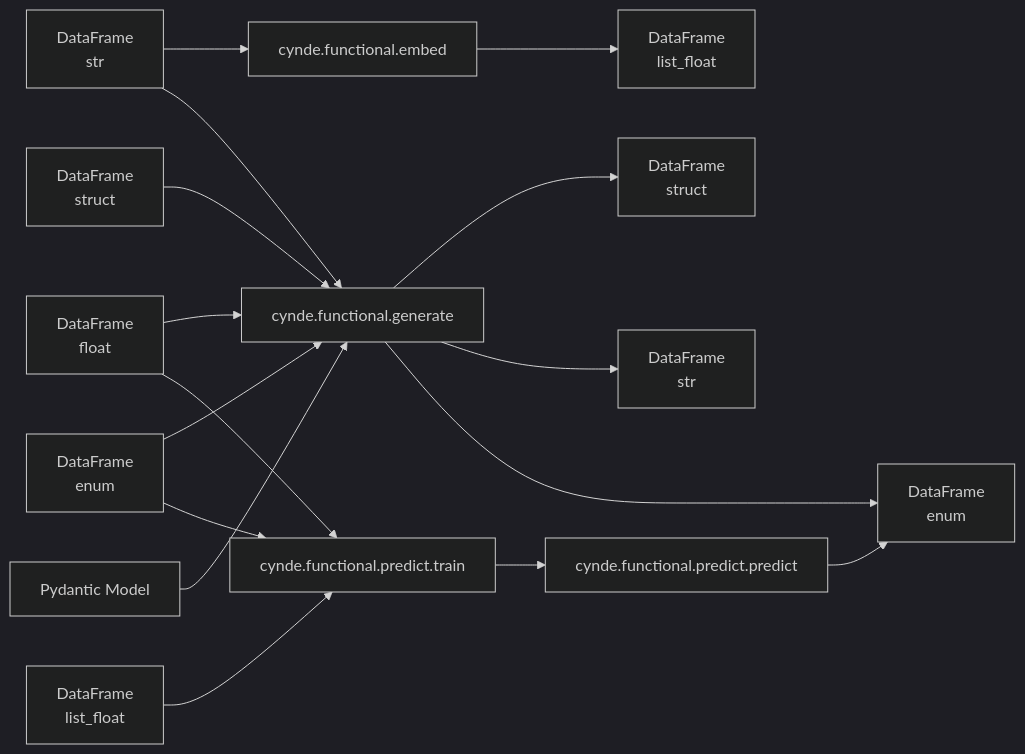
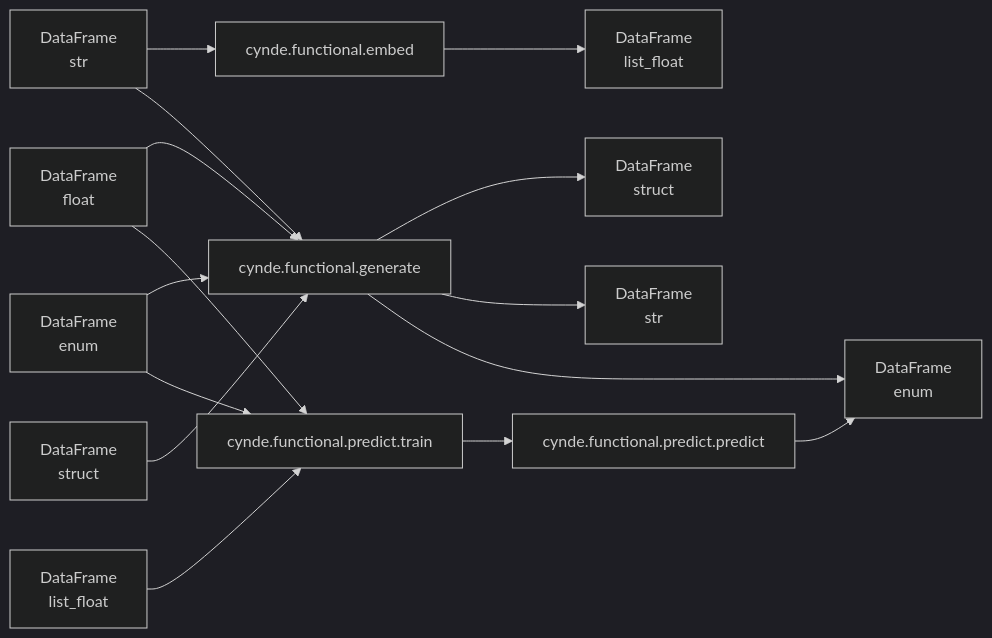
Before and after one commit to Neural-Dragon-AI/Cynde: the diagram in drawings.md, drawn with Mermaid (dark theme). The commit also changed 1 other file, not shown here.

````diff
--- a/drawings.md
+++ b/drawings.md
@@ -3,22 +3,20 @@
 ```mermaid
 graph LR
     A[DataFrame<br>str] --> B[cynde.functional.embed]
     A --> C[cynde.functional.generate]
     D[DataFrame<br>float] --> C
     E[DataFrame<br>enum] --> C
     T[DataFrame<br>struct] --> C
     E --> F[cynde.functional.predict.train]
     D --> F
     G[DataFrame<br>list_float] --> F
 
-    H[Pydantic Model] --> C
-
     B --> N[DataFrame<br>list_float]
 
     C --> T2[DataFrame<br>struct]
     C --> A2[DataFrame<br>str]
     C --> E2[DataFrame<br>enum]
 
     F --> X[cynde.functional.predict.predict]
     X --> E2
 ```
````
